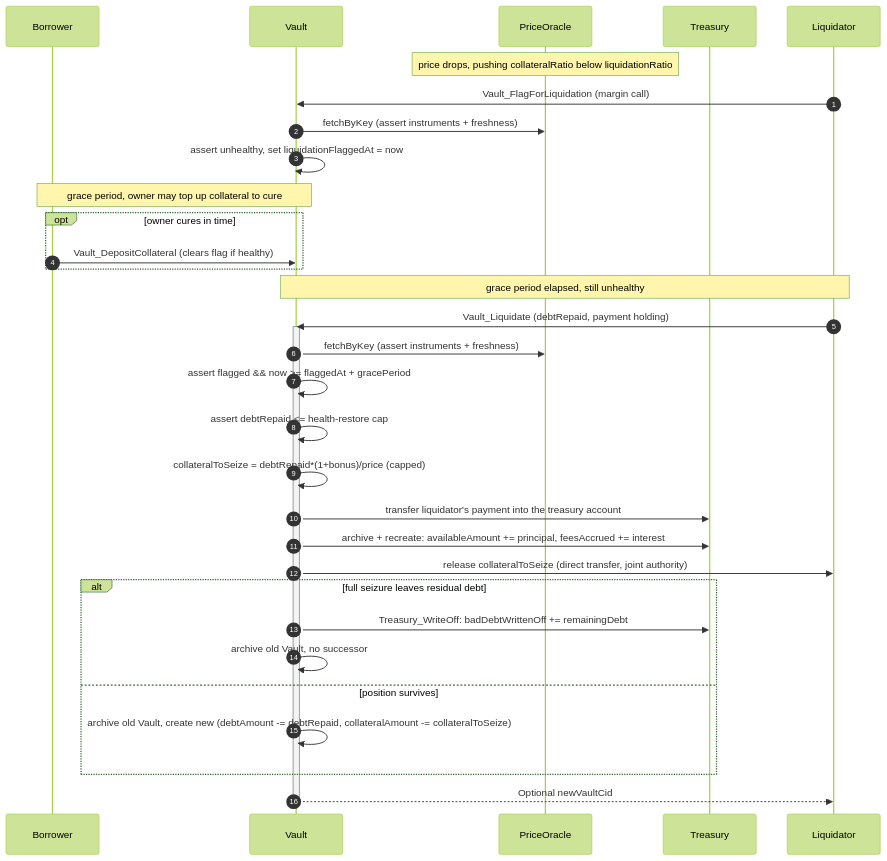
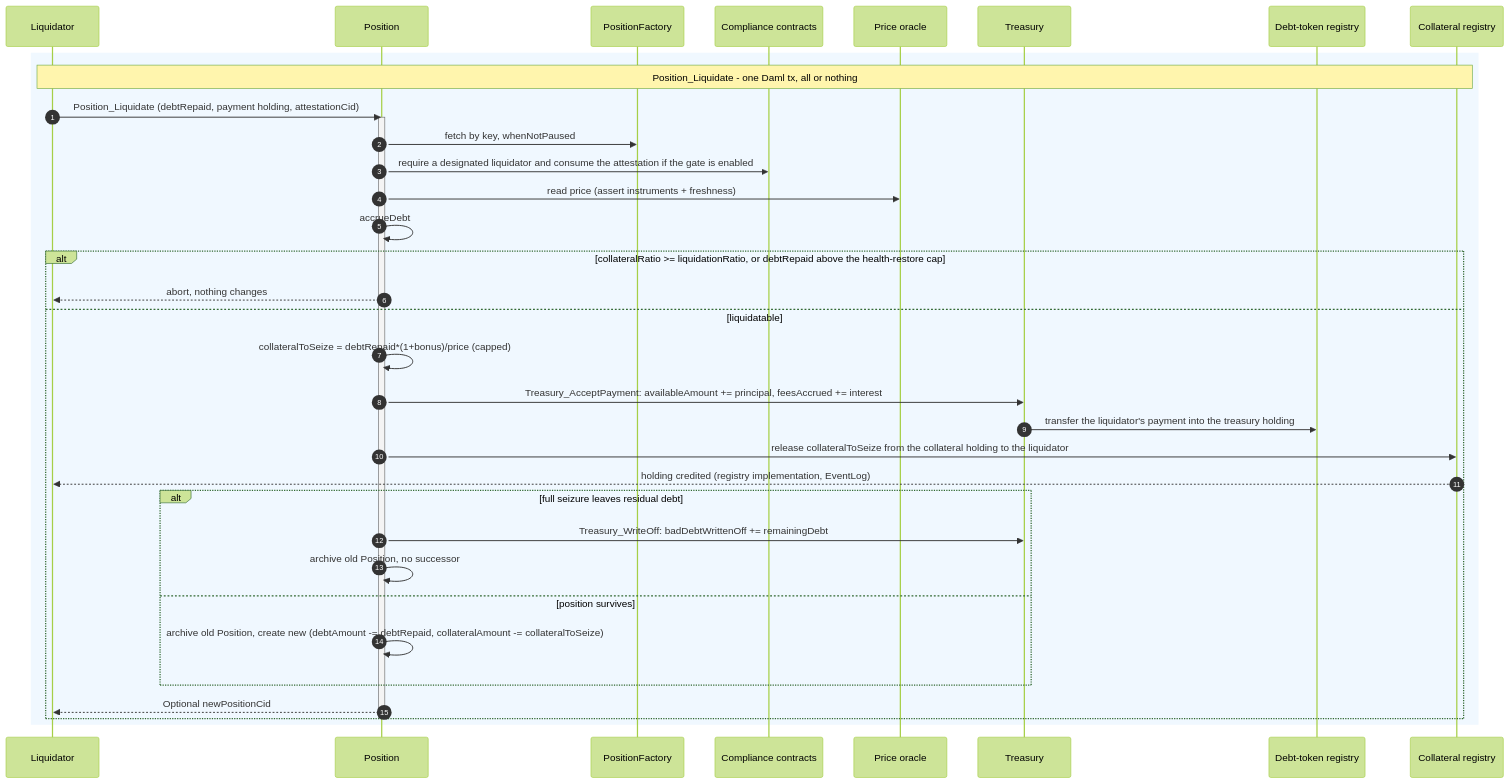
Before and after one commit to OpenZeppelin/canton-specs: the ninth of 9 diagrams in docs/reference-architectures/lending.md, drawn with Mermaid (forest theme). The commit also changed other lines of this file and 1 other file, not shown here.

Commit message:
Applied all DEX learnings + first manual pass. (#203)

````diff
--- a/docs/reference-architectures/lending.md
+++ b/docs/reference-architectures/lending.md
@@ -407,36 +477,39 @@
 ```mermaid
 sequenceDiagram
     autonumber
-    participant B as Borrower
-    participant V as Vault
-    participant O as PriceOracle
+    participant L as Liquidator
+    participant P as Position
+    participant F as PositionFactory
+    participant C as Compliance contracts
+    participant O as Price oracle
     participant T as Treasury
-    participant L as Liquidator
+    participant RD as Debt-token registry
+    participant RC as Collateral registry
 
-    note over O: price drops, pushing collateralRatio below liquidationRatio
-    L->>V: Vault_FlagForLiquidation (margin call)
-    V->>O: fetchByKey (assert instruments + freshness)
-    V->>V: assert unhealthy, set liquidationFlaggedAt = now
-    note over B,V: grace period, owner may top up collateral to cure
-    opt owner cures in time
-        B->>V: Vault_DepositCollateral (clears flag if healthy)
+    rect rgb(240, 248, 255)
+    Note over L, RC: Position_Liquidate - one Daml tx, all or nothing
+    L->>P: Position_Liquidate (debtRepaid, payment holding, attestationCid)
+    activate P
+    P->>F: fetch by key, whenNotPaused
+    P->>C: require a designated liquidator and consume the attestation if the gate is enabled
+    P->>O: read price (assert instruments + freshness)
+    P->>P: accrueDebt
+    alt collateralRatio >= liquidationRatio, or debtRepaid above the health-restore cap
+        P-->>L: abort, nothing changes
+    else liquidatable
+        P->>P: collateralToSeize = debtRepaid*(1+bonus)/price (capped)
+        P->>T: Treasury_AcceptPayment: availableAmount += principal, feesAccrued += interest
+        T->>RD: transfer the liquidator's payment into the treasury holding
+        P->>RC: release collateralToSeize from the collateral holding to the liquidator
+        RC-->>L: holding credited (registry implementation, EventLog)
+        alt full seizure leaves residual debt
+            P->>T: Treasury_WriteOff: badDebtWrittenOff += remainingDebt
+            P->>P: archive old Position, no successor
+        else position survives
+            P->>P: archive old Position, create new (debtAmount -= debtRepaid, collateralAmount -= collateralToSeize)
+        end
+        P-->>L: Optional newPositionCid
     end
-    note over L,V: grace period elapsed, still unhealthy
-    L->>V: Vault_Liquidate (debtRepaid, payment holding)
-    activate V
-    V->>O: fetchByKey (assert instruments + freshness)
-    V->>V: assert flagged && now >= flaggedAt + gracePeriod
-    V->>V: assert debtRepaid <= health-restore cap
-    V->>V: collateralToSeize = debtRepaid*(1+bonus)/price (capped)
-    V->>T: transfer liquidator's payment into the treasury account
-    V->>T: archive + recreate: availableAmount += principal, feesAccrued += interest
-    V->>L: release collateralToSeize (direct transfer, joint authority)
-    alt full seizure leaves residual debt
-        V->>T: Treasury_WriteOff: badDebtWrittenOff += remainingDebt
-        V->>V: archive old Vault, no successor
-    else position survives
-        V->>V: archive old Vault, create new (debtAmount -= debtRepaid, collateralAmount -= collateralToSeize)
+    deactivate P
     end
-    V-->>L: Optional newVaultCid
-    deactivate V
 ```
````
